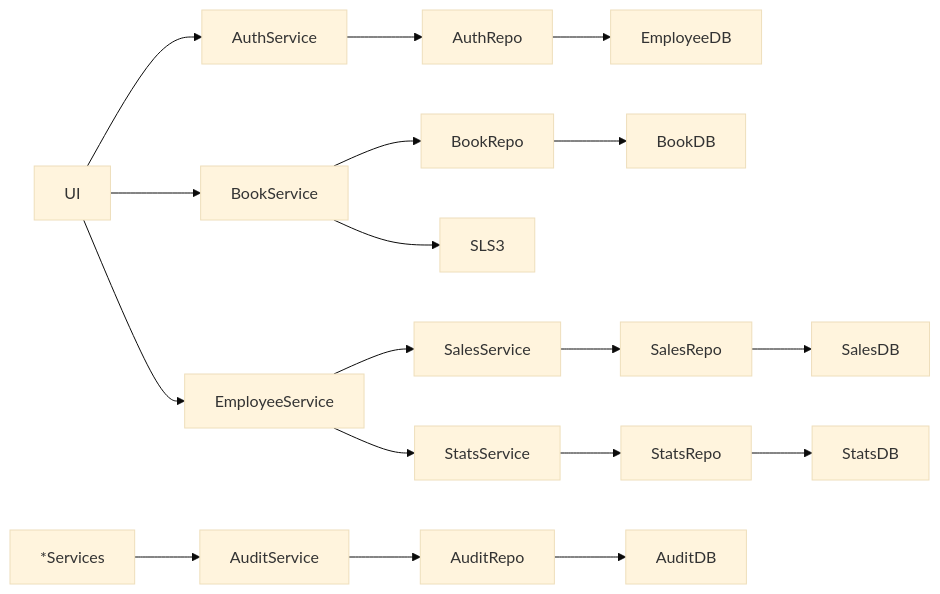
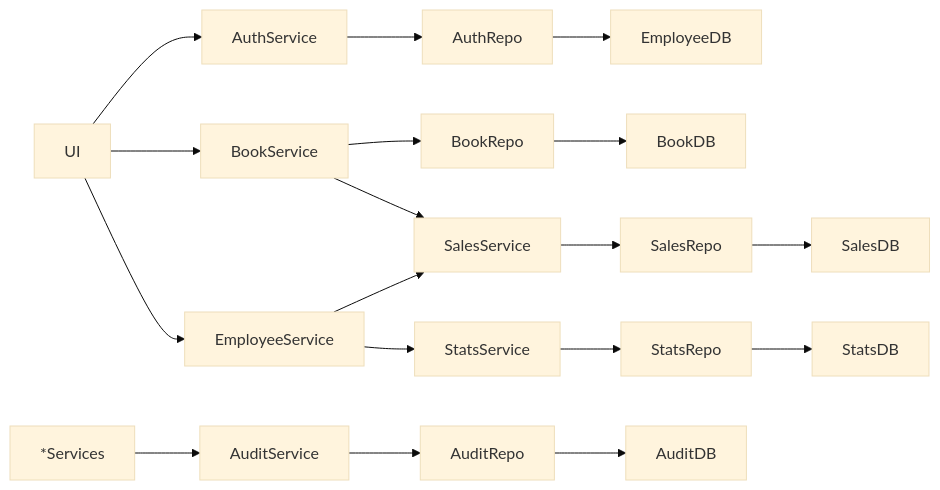
The first of 10 diagrams in docs/high_level_architecture.md (Apameus/Bookly), drawn with Mermaid (base theme) before and after one commit. The commit also changed 6 other files, not shown here.

````diff
--- a/docs/high_level_architecture.md
+++ b/docs/high_level_architecture.md
@@ -2,10 +2,10 @@
 ```mermaid
 flowchart LR
     UI --> AS[AuthService] --> AR[AuthRepo] --> EDB[EmployeeDB]
     UI --> BS[BookService] --> BR[BookRepo] --> BDB[BookDB]
-    BS --> SLS3
+    BS --> SLS
     ES --> SLS[SalesService] --> SLR[SalesRepo] --> SLDB[SalesDB]
     UI --> ES[EmployeeService] --> SS[StatsService] --> SR[StatsRepo] --> SDB[StatsDB]
     
     *Services --> AUS[AuditService] --> AUR[AuditRepo] --> ADB[AuditDB]
 ```
````
